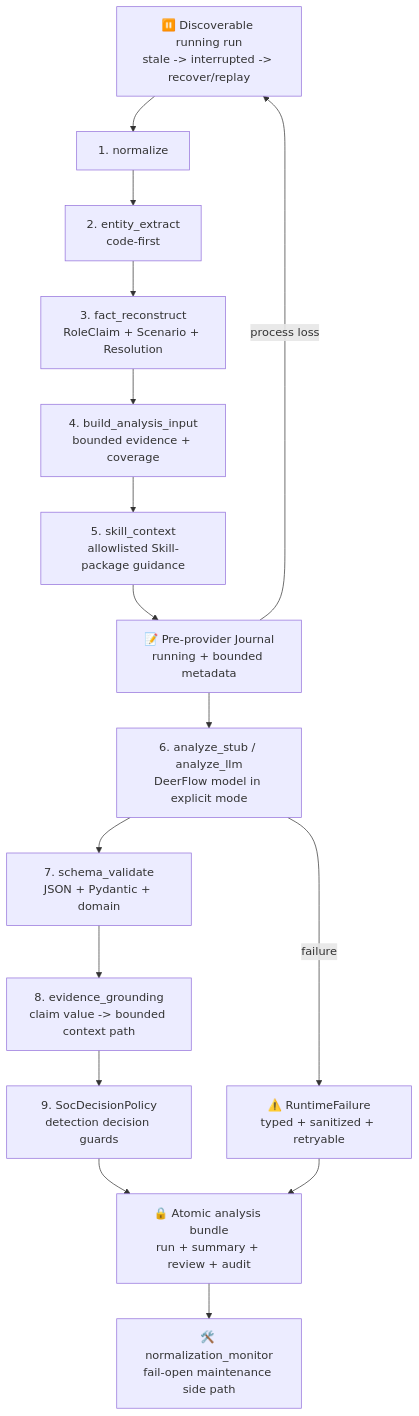
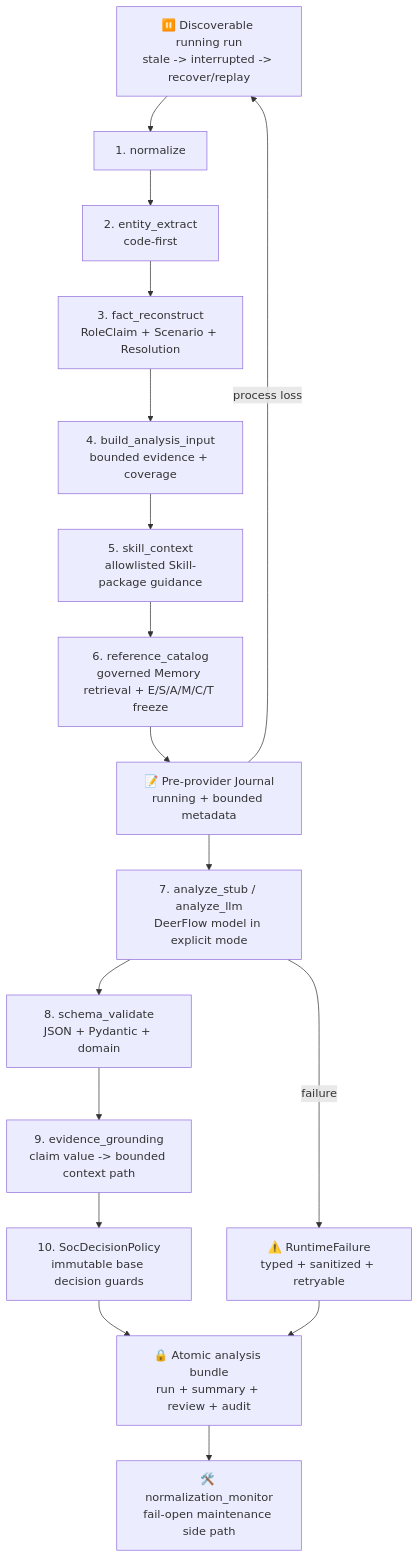
One commit to yydspanda/deer-flow changed the fourth of 16 diagrams in .notes/ai_soc/soc-agent-solution.md. Above: the diagram before and after it, drawn with Mermaid. The commit also changed other lines of this file and 50 other files, not shown here.

Commit message:
feat(soc): govern memory-informed automation

````diff
--- a/.notes/ai_soc/soc-agent-solution.md
+++ b/.notes/ai_soc/soc-agent-solution.md
@@ -306,18 +325,19 @@
 ```mermaid
 flowchart TD
     I["🧾 Raw Alert Payload"] --> N["1. normalize"]
     N --> X["2. entity_extract<br/>code-first"]
     X --> F["3. fact_reconstruct<br/>RoleClaim + Scenario + Resolution"]
     F --> B["4. build_analysis_input<br/>bounded evidence + coverage"]
     B --> S["5. skill_context<br/>allowlisted Skill-package guidance"]
-    S --> J["📝 Pre-provider Journal<br/>running + bounded metadata"]
-    J --> L["6. analyze_stub / analyze_llm<br/>DeerFlow model in explicit mode"]
-    L --> V["7. schema_validate<br/>JSON + Pydantic + domain"]
-    V --> G["8. evidence_grounding<br/>claim value -> bounded context path"]
-    G --> R["9. SocDecisionPolicy<br/>detection decision guards"]
+    S --> C["6. reference_catalog<br/>governed Memory retrieval + E/S/A/M/C/T freeze"]
+    C --> J["📝 Pre-provider Journal<br/>running + bounded metadata"]
+    J --> L["7. analyze_stub / analyze_llm<br/>DeerFlow model in explicit mode"]
+    L --> V["8. schema_validate<br/>JSON + Pydantic + domain"]
+    V --> G["9. evidence_grounding<br/>claim value -> bounded context path"]
+    G --> R["10. SocDecisionPolicy<br/>immutable base decision guards"]
     R --> P["🔒 Atomic analysis bundle<br/>run + summary + review + audit"]
     L -->|failure| E["⚠️ RuntimeFailure<br/>typed + sanitized + retryable"]
     E --> P
     J -->|process loss| I["⏸️ Discoverable running run<br/>stale -> interrupted -> recover/replay"]
     P --> M["🛠️ normalization_monitor<br/>fail-open maintenance side path"]
 ```
````
